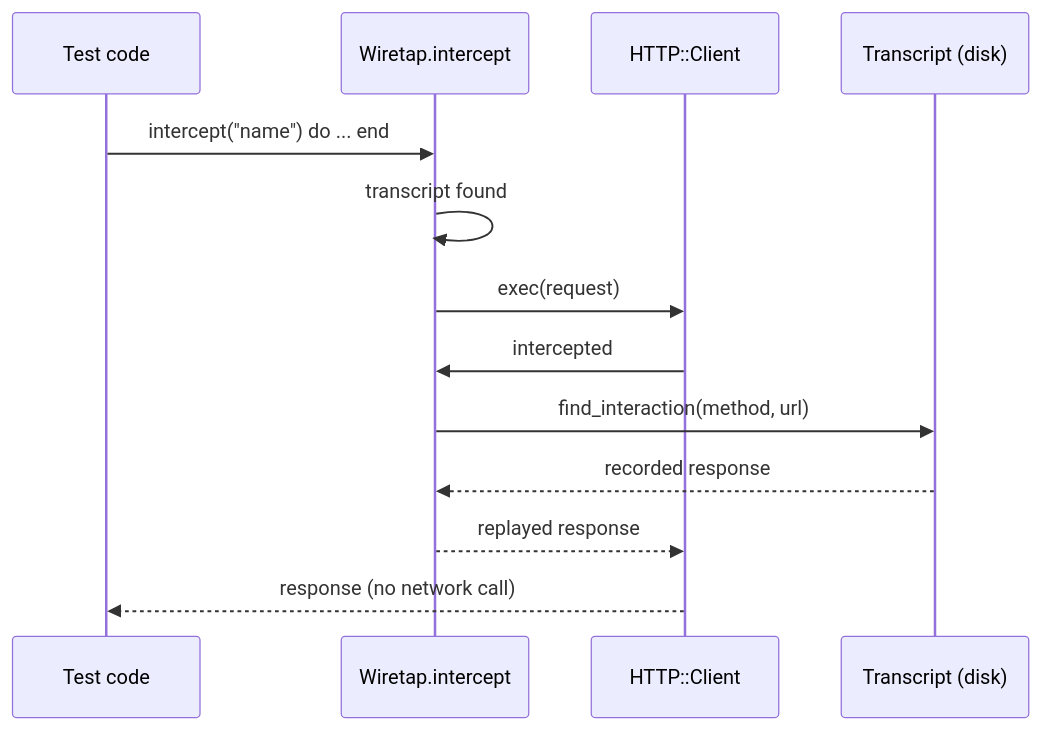
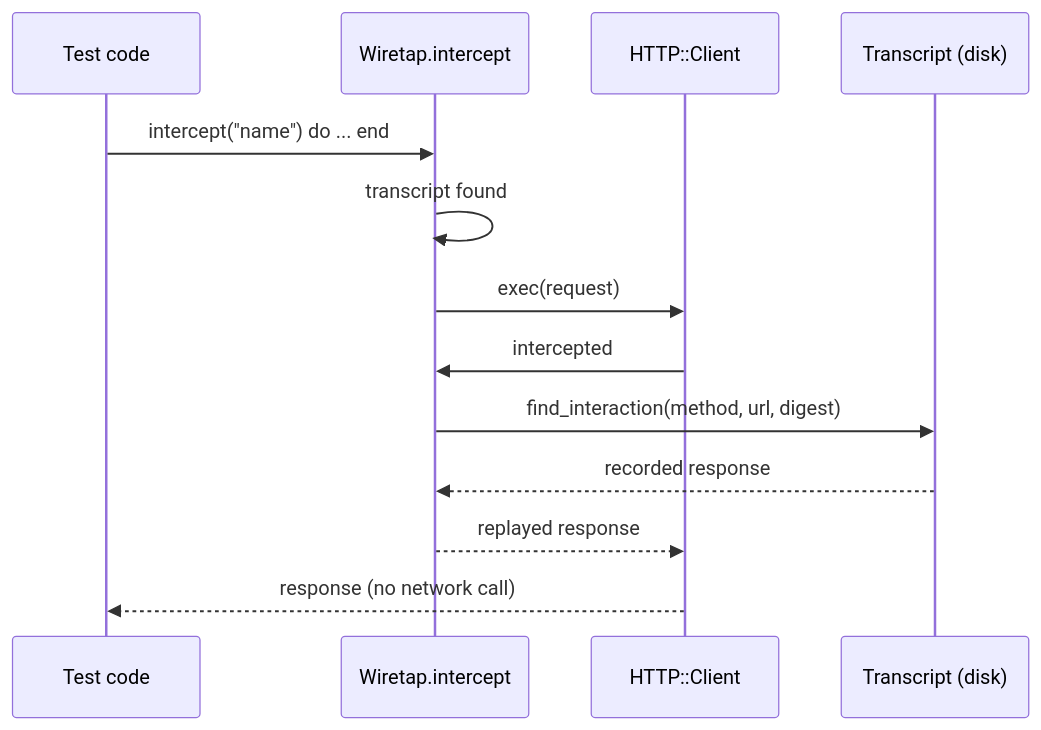
The second of 4 diagrams in README.md (nogginly/wiretap.cr), drawn with Mermaid before and after one commit. The commit also changed other lines of this file, not shown here.

Commit message:
Update usage documentation to reflect the digest support

````diff
--- a/README.md
+++ b/README.md
@@ -49,16 +49,16 @@
 ```mermaid
 sequenceDiagram
     participant T as Test code
     participant W as Wiretap.intercept
     participant C as HTTP::Client
     participant D as Transcript (disk)
 
     T->>W: intercept("name") do ... end
     W->>W: transcript found
     W->>C: exec(request)
     C->>W: intercepted
-    W->>D: find_interaction(method, url)
+    W->>D: find_interaction(method, url, digest)
     D-->>W: recorded response
     W-->>C: replayed response
     C-->>T: response (no network call)
 ```
````
